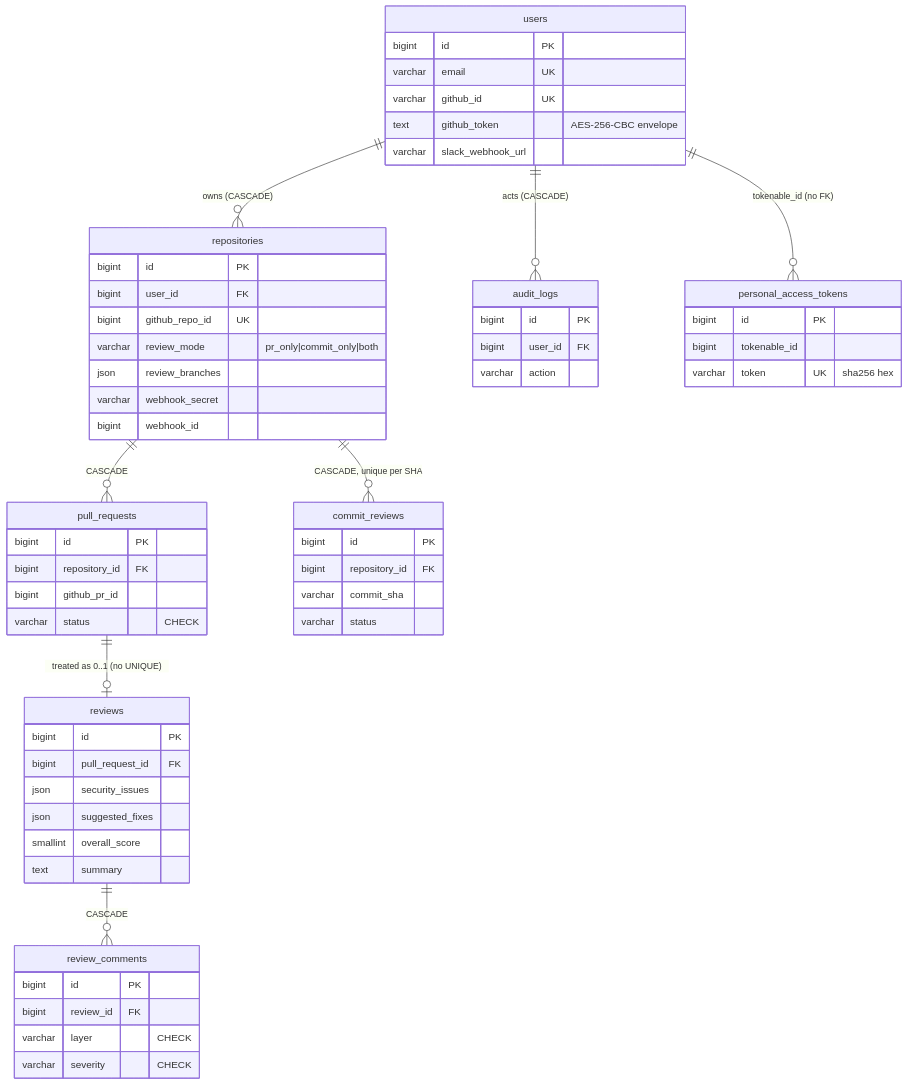
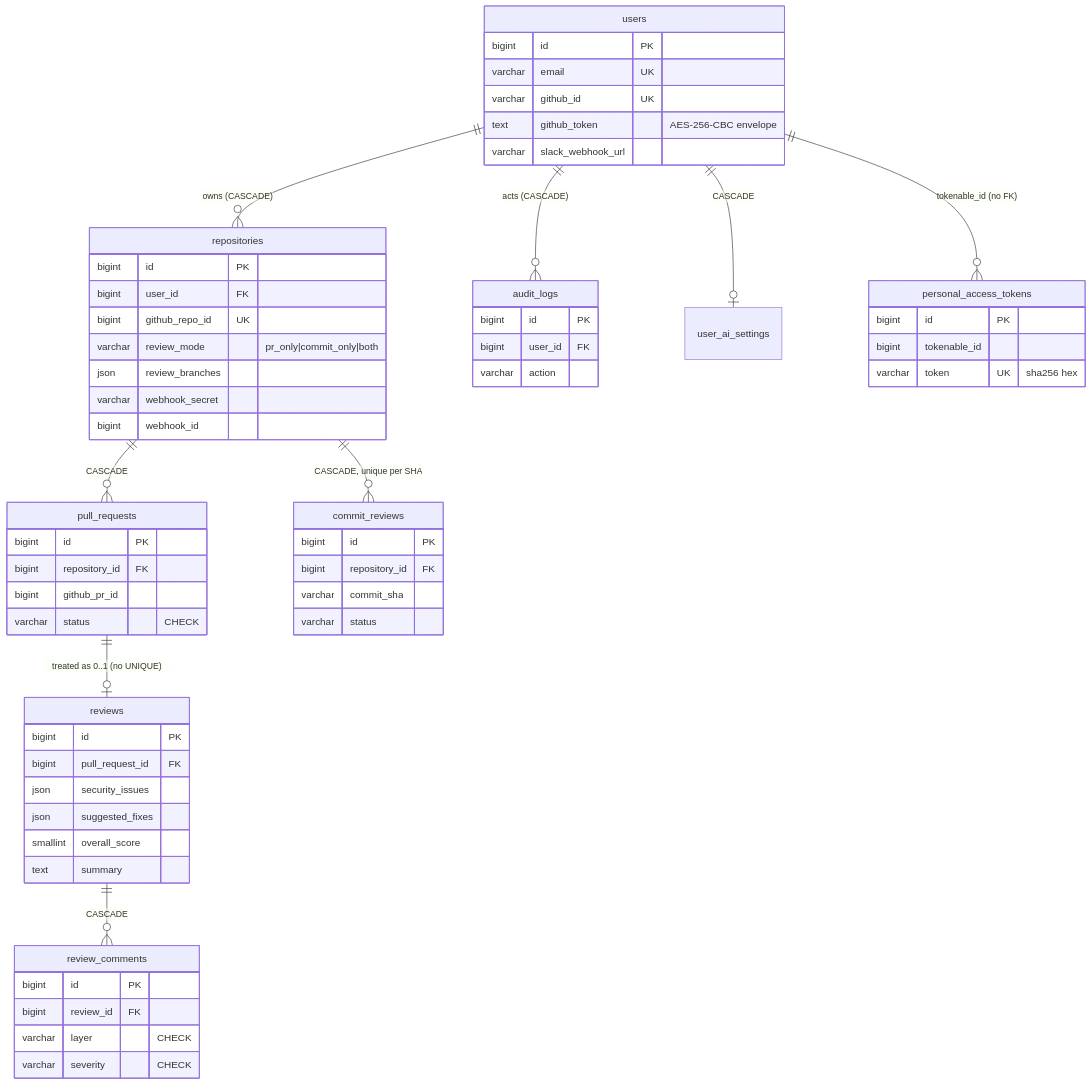
One commit to Muhammad-AIUB/PRISM changed the diagram in docs/database.md. Above: the diagram before and after it, drawn with Mermaid. The commit also changed other lines of this file and 7 other files, not shown here.

````diff
--- a/docs/database.md
+++ b/docs/database.md
@@ -41,63 +41,64 @@
 ```mermaid
 erDiagram
     users ||--o{ repositories : "owns (CASCADE)"
     users ||--o{ audit_logs : "acts (CASCADE)"
+    users ||--o| user_ai_settings : "CASCADE"
     users ||--o{ personal_access_tokens : "tokenable_id (no FK)"
     repositories ||--o{ pull_requests : "CASCADE"
     repositories ||--o{ commit_reviews : "CASCADE, unique per SHA"
     pull_requests ||--o| reviews : "treated as 0..1 (no UNIQUE)"
     reviews ||--o{ review_comments : "CASCADE"
 
     users {
         bigint id PK
         varchar email UK
         varchar github_id UK
         text github_token "AES-256-CBC envelope"
         varchar slack_webhook_url
     }
     repositories {
         bigint id PK
         bigint user_id FK
         bigint github_repo_id UK
         varchar review_mode "pr_only|commit_only|both"
         json review_branches
         varchar webhook_secret
         bigint webhook_id
     }
     pull_requests {
         bigint id PK
         bigint repository_id FK
         bigint github_pr_id
         varchar status "CHECK"
     }
     reviews {
         bigint id PK
         bigint pull_request_id FK
         json security_issues
         json suggested_fixes
         smallint overall_score
         text summary
     }
     commit_reviews {
         bigint id PK
         bigint repository_id FK
         varchar commit_sha
         varchar status
     }
     review_comments {
         bigint id PK
         bigint review_id FK
         varchar layer "CHECK"
         varchar severity "CHECK"
     }
     personal_access_tokens {
         bigint id PK
         bigint tokenable_id
         varchar token UK "sha256 hex"
     }
     audit_logs {
         bigint id PK
         bigint user_id FK
         varchar action
     }
 ```
````
